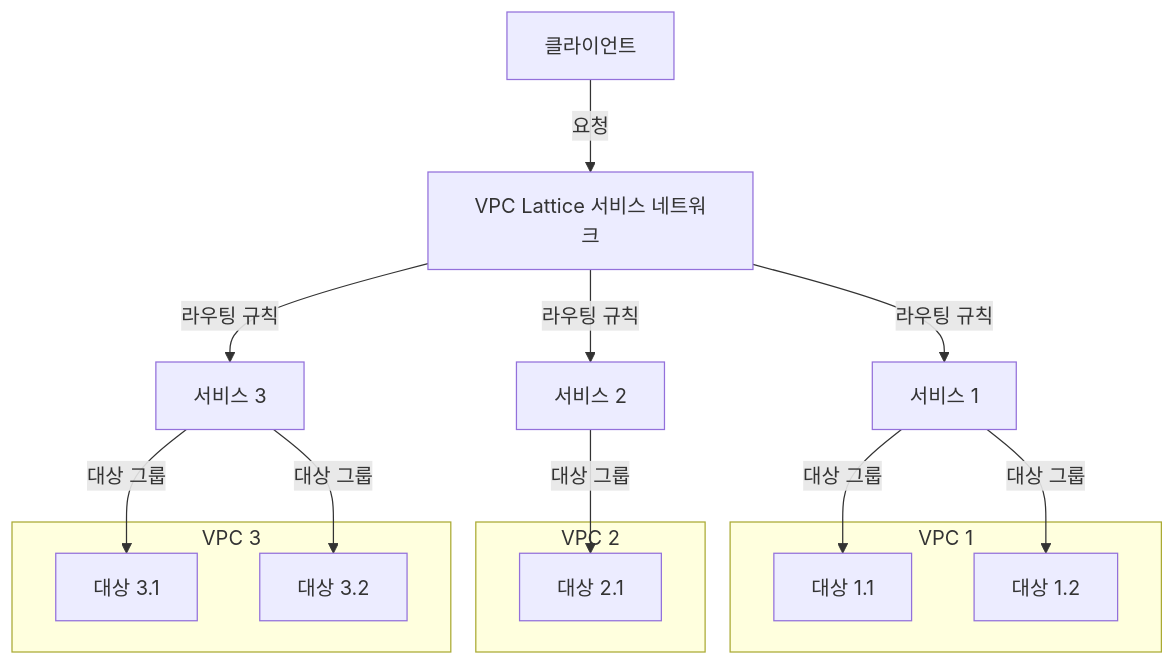
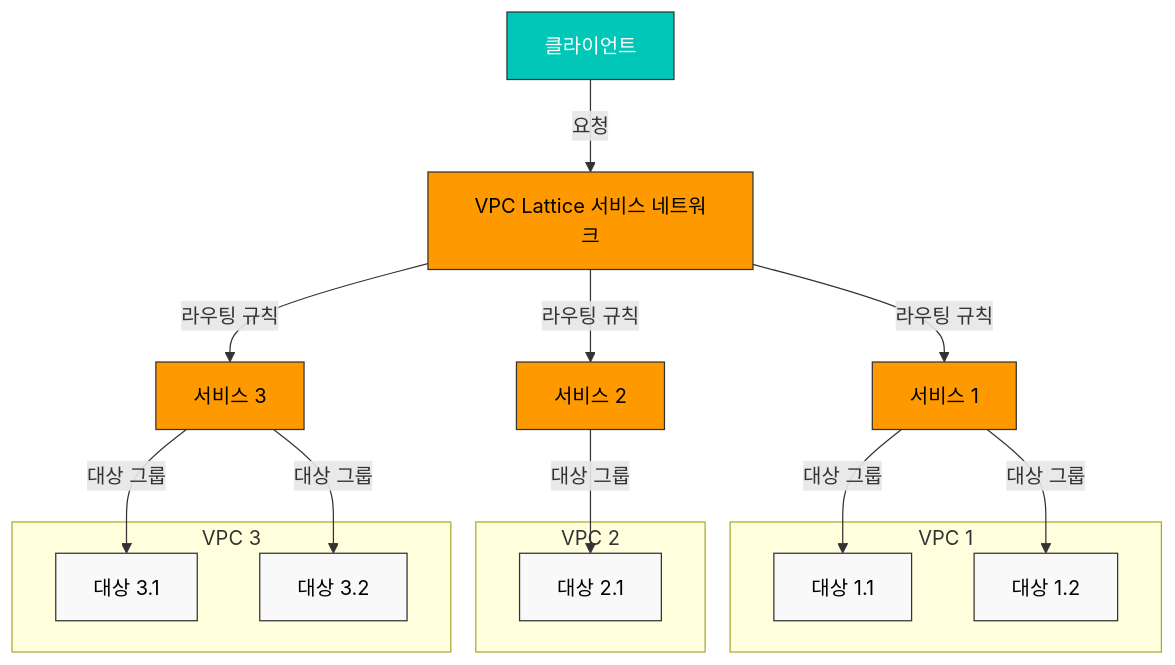
The first of 4 diagrams in tools/09-vpc-lattice.md (Atom-oh/kubernetes-docs), drawn with Mermaid before and after one commit. The commit also changed other lines of this file, not shown here.

Commit message:
Update VPC Lattice diagrams with standardized style

````diff
--- a/tools/09-vpc-lattice.md
+++ b/tools/09-vpc-lattice.md
@@ -86,29 +86,41 @@
 ```mermaid
 graph TD
     A[클라이언트] -->|요청| B[VPC Lattice 서비스 네트워크]
     B -->|라우팅 규칙| C[서비스 1]
     B -->|라우팅 규칙| D[서비스 2]
     B -->|라우팅 규칙| E[서비스 3]
     
     C -->|대상 그룹| F[대상 1.1]
     C -->|대상 그룹| G[대상 1.2]
     
     D -->|대상 그룹| H[대상 2.1]
     
     E -->|대상 그룹| I[대상 3.1]
     E -->|대상 그룹| J[대상 3.2]
     
     subgraph "VPC 1"
         F
         G
     end
     
     subgraph "VPC 2"
         H
     end
     
     subgraph "VPC 3"
         I
         J
     end
+    
+    %% 스타일 정의
+    classDef awsService fill:#FF9900,stroke:#333,stroke-width:1px,color:black;
+    classDef k8sComponent fill:#326CE5,stroke:#333,stroke-width:1px,color:white;
+    classDef userApp fill:#00C7B7,stroke:#333,stroke-width:1px,color:white;
+    classDef dataStore fill:#3B48CC,stroke:#333,stroke-width:1px,color:white;
+    classDef default fill:#f9f9f9,stroke:#333,stroke-width:1px,color:black;
+    
+    %% 클래스 적용
+    class A userApp;
+    class B,C,D,E awsService;
+    class F,G,H,I,J default;
 ```
````
